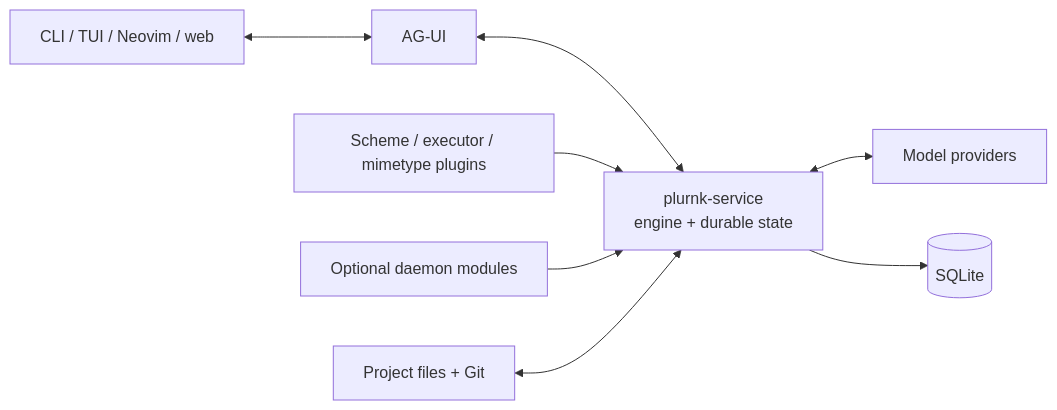
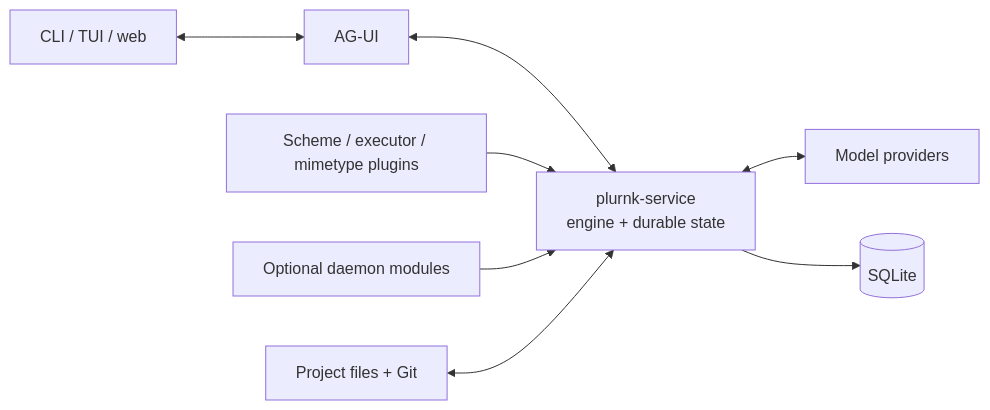
Before and after one commit to plurnk/plurnk-service: the diagram in README.md, drawn with Mermaid. The commit also changed 18 other files, not shown here.

````diff
--- a/README.md
+++ b/README.md
@@ -16,10 +16,10 @@
 ```mermaid
 flowchart LR
-    clients["CLI / TUI / Neovim / web"] <--> agui["AG-UI"]
+    clients["CLI / TUI / web"] <--> agui["AG-UI"]
     agui <--> core["plurnk-service<br/>engine + durable state"]
     core <--> providers["Model providers"]
     plugins["Scheme / executor / mimetype plugins"] --> core
     modules["Optional daemon modules"] --> core
     project["Project files + Git"] <--> core
     core --> sqlite[(SQLite)]
 ```
````
